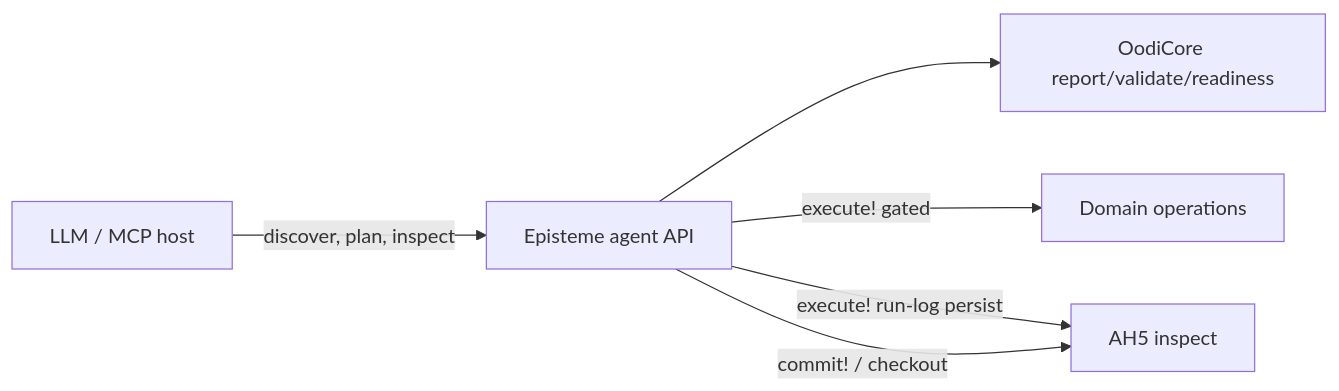
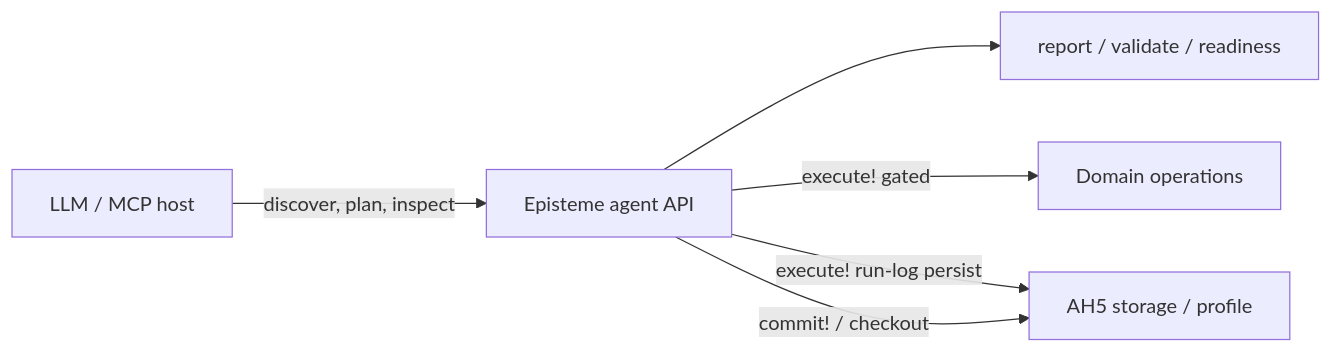
One commit to ahojukka5/Episteme.jl changed the fifth of 5 diagrams in docs/research/episteme-architecture.md. Above: the diagram before and after it, drawn with Mermaid. The commit also changed other lines of this file and 3 other files, not shown here.

````diff
--- a/docs/research/episteme-architecture.md
+++ b/docs/research/episteme-architecture.md
@@ -1093,14 +1120,14 @@
 ```mermaid
 flowchart LR
     LLM[LLM / MCP host]
     API[Episteme agent API]
-    Core[OodiCore report/validate/readiness]
+    Core[report / validate / readiness]
     Dom[Domain operations]
-    AH[AH5 inspect]
+    Store[AH5 storage / profile]
 
     LLM -->|discover, plan, inspect| API
     API --> Core
     API -->|execute! gated| Dom
-    API -->|execute! run-log persist| AH
-    API -->|commit! / checkout| AH
+    API -->|execute! run-log persist| Store
+    API -->|commit! / checkout| Store
 ```
````
